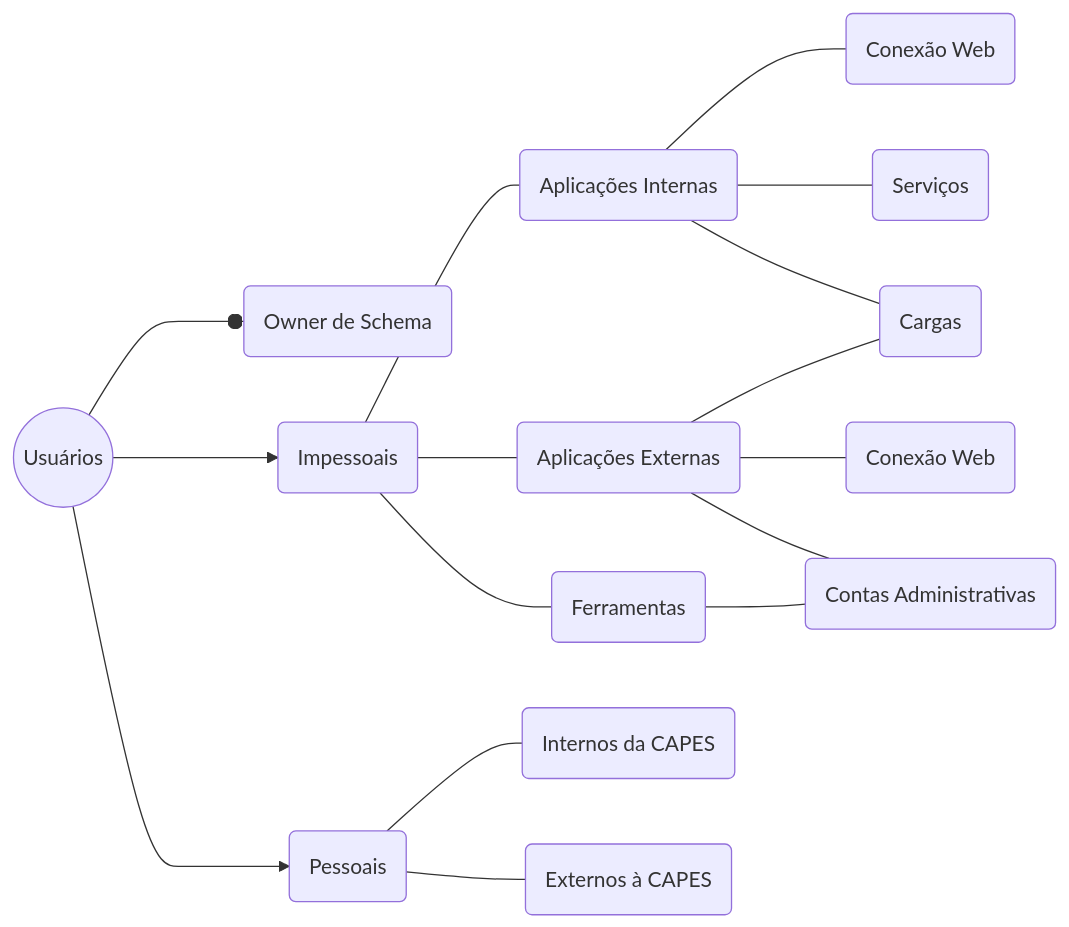
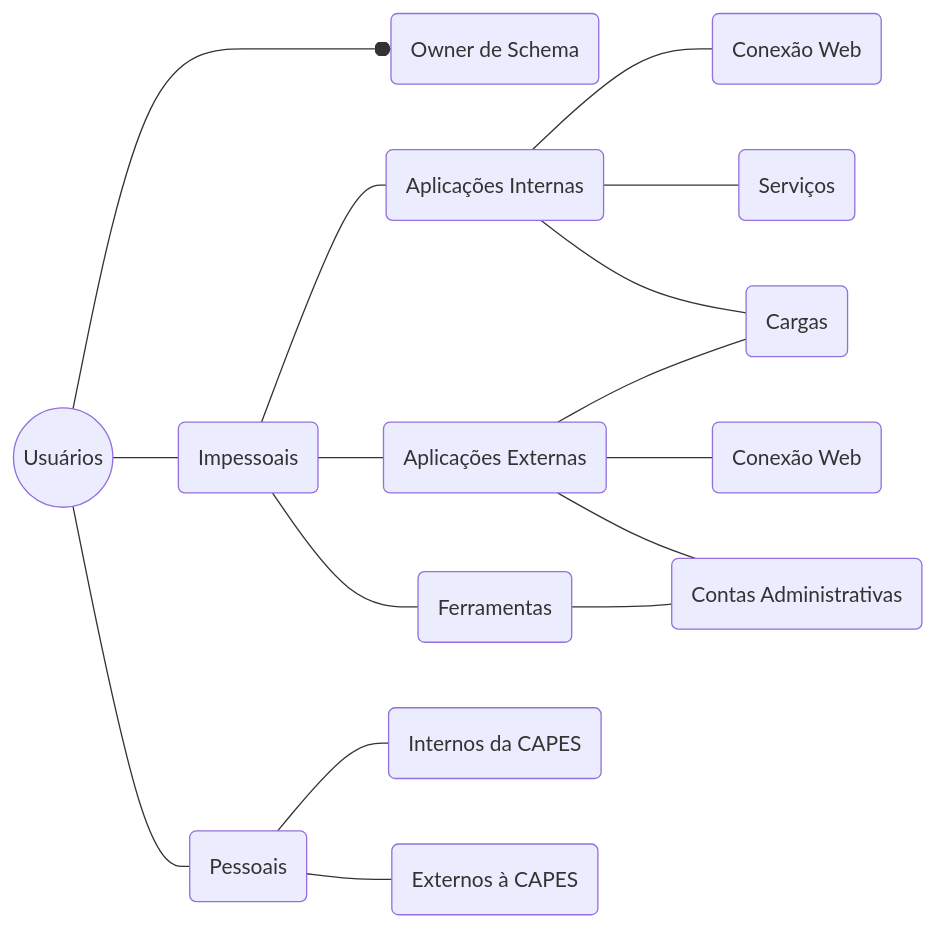
One commit to CAPES/guia changed the diagram in banco-de-dados/norma-de-uso/nomemclaturas-acesso.md. Above: the diagram before and after it, drawn with Mermaid. The commit also changed other lines of this file, not shown here.

````diff
--- a/banco-de-dados/norma-de-uso/nomemclaturas-acesso.md
+++ b/banco-de-dados/norma-de-uso/nomemclaturas-acesso.md
@@ -10,25 +10,25 @@
 ```mermaid
 graph LR
 
 u((Usuários))---owner(Owner de Schema)
-u--->pes(Pessoais)
-u--->imp(Impessoais)
+u---pes(Pessoais)
+u---imp(Impessoais)
 
 imp---api(Aplicações Internas)
 imp---ape(Aplicações Externas)
 imp---fer(Ferramentas)
 
 api---cn(Conexão Web)
 api---ser(Serviços)
 api---car(Cargas)
 
 ape---cw(Conexão Web)
 ape---car
 ape---ca(Contas Administrativas)
 
 fer---ca
 
 pes---ic(Internos da CAPES)
 pes---ex(Externos à CAPES)
 
 ```
````
